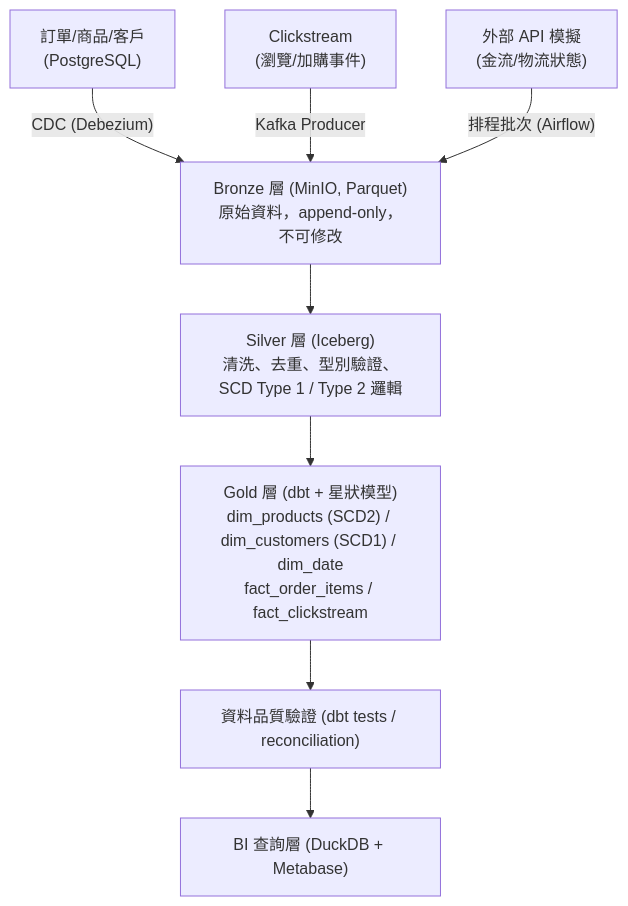
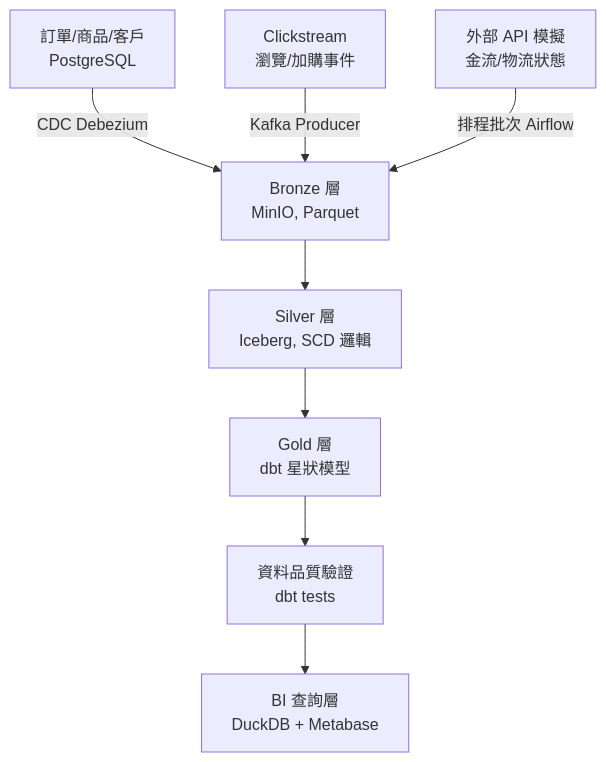
Before and after one commit to Brady-Huang/ecommerce-data-warehouse: the diagram in README.md, drawn with Mermaid. The commit also changed other lines of this file, not shown here.

Commit message:
Fix README: add line break in Gold layer diagram node to prevent text overlap

````diff
--- a/README.md
+++ b/README.md
@@ -15,16 +15,16 @@
 ```mermaid
 flowchart TD
-    A["訂單/商品/客戶<br/>(PostgreSQL)"] -->|"CDC (Debezium)"| D
-    B["Clickstream<br/>(瀏覽/加購事件)"] -->|"Kafka Producer"| D
-    C["外部 API 模擬<br/>(金流/物流狀態)"] -->|"排程批次 (Airflow)"| D
+    A["訂單/商品/客戶<br/>PostgreSQL"] -->|CDC Debezium| D
+    B["Clickstream<br/>瀏覽/加購事件"] -->|Kafka Producer| D
+    C["外部 API 模擬<br/>金流/物流狀態"] -->|排程批次 Airflow| D
 
-    D["Bronze 層 (MinIO, Parquet)<br/>原始資料，append-only，不可修改"] --> E
+    D["Bronze 層<br/>MinIO, Parquet"] --> E
 
-    E["Silver 層 (Iceberg)<br/>清洗、去重、型別驗證、SCD Type 1 / Type 2 邏輯"] --> F
+    E["Silver 層<br/>Iceberg, SCD 邏輯"] --> F
 
-    F["Gold 層 (dbt + 星狀模型)<br/>dim_products (SCD2) / dim_customers (SCD1) / dim_date<br/>fact_order_items / fact_clickstream"] --> G
+    F["Gold 層<br/>dbt 星狀模型"] --> G
 
-    G["資料品質驗證 (dbt tests / reconciliation)"] --> H
+    G["資料品質驗證<br/>dbt tests"] --> H
 
-    H["BI 查詢層 (DuckDB + Metabase)"]
+    H["BI 查詢層<br/>DuckDB + Metabase"]
 ```
````
